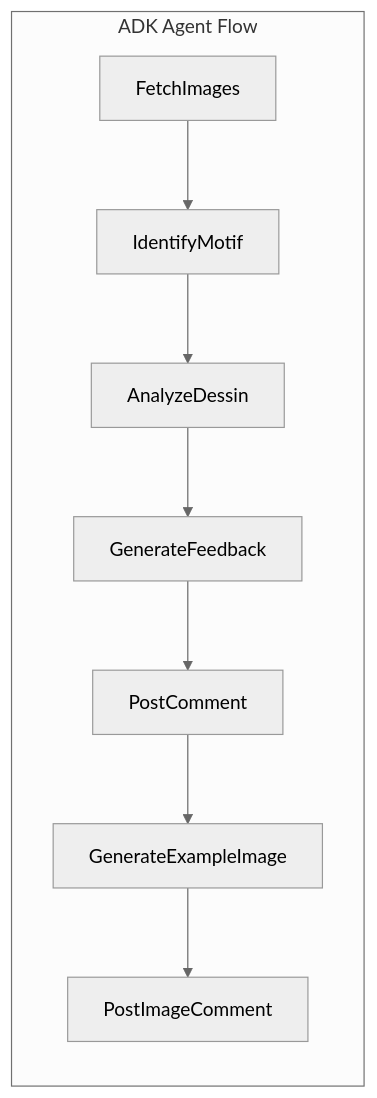
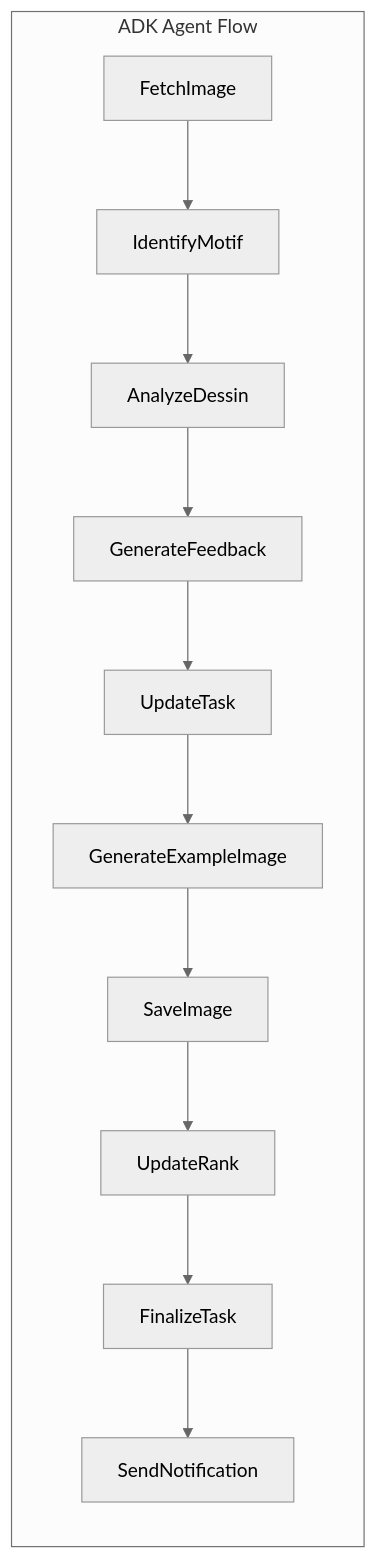
The fourth of 6 diagrams in docs/functional-design.md (nuance-sudo/drawing-practice-agent-gch4), drawn with Mermaid (neutral theme) before and after one commit. The commit also changed other lines of this file and 13 other files, not shown here.

````diff
--- a/docs/functional-design.md
+++ b/docs/functional-design.md
@@ -243,11 +303,14 @@
 ```mermaid
 flowchart LR
     subgraph Agent["ADK Agent Flow"]
-        A[FetchImages] --> B[IdentifyMotif]
+        A[FetchImage] --> B[IdentifyMotif]
         B --> C[AnalyzeDessin]
         C --> D[GenerateFeedback]
-        D --> E[PostComment]
+        D --> E[UpdateTask]
         E --> F[GenerateExampleImage]
-        F --> G[PostImageComment]
+        F --> G[SaveImage]
+        G --> H[UpdateRank]
+        H --> I[FinalizeTask]
+        I --> J[SendNotification]
     end
 ```
````
